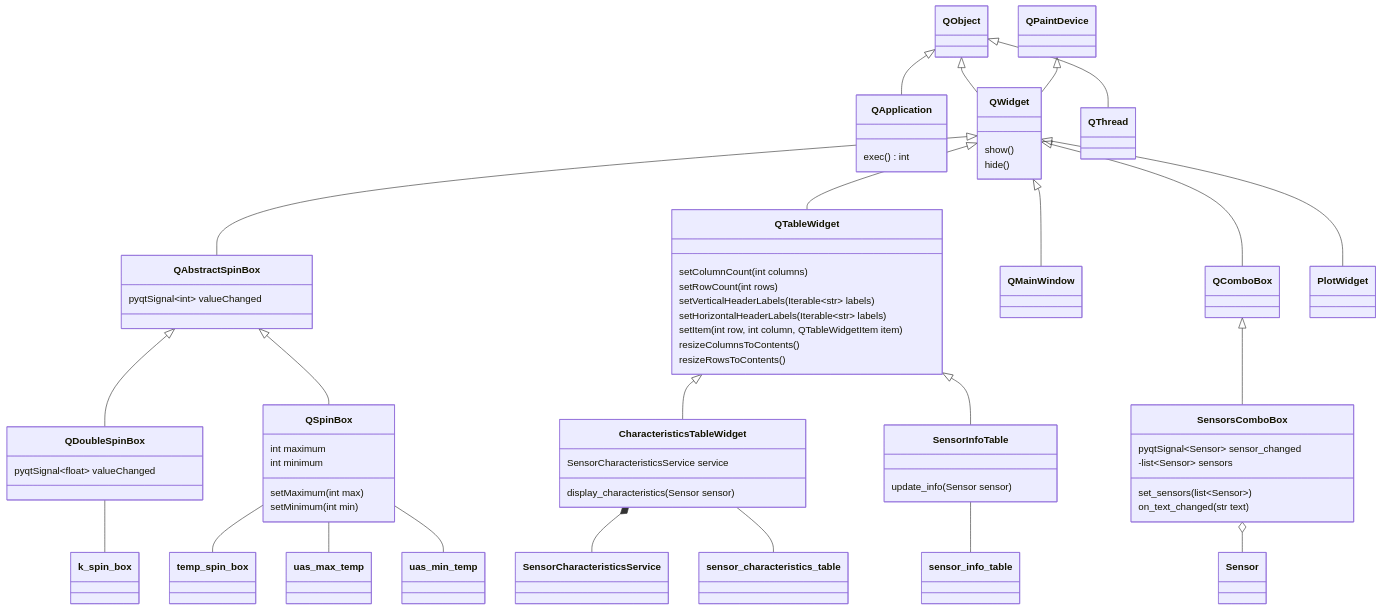
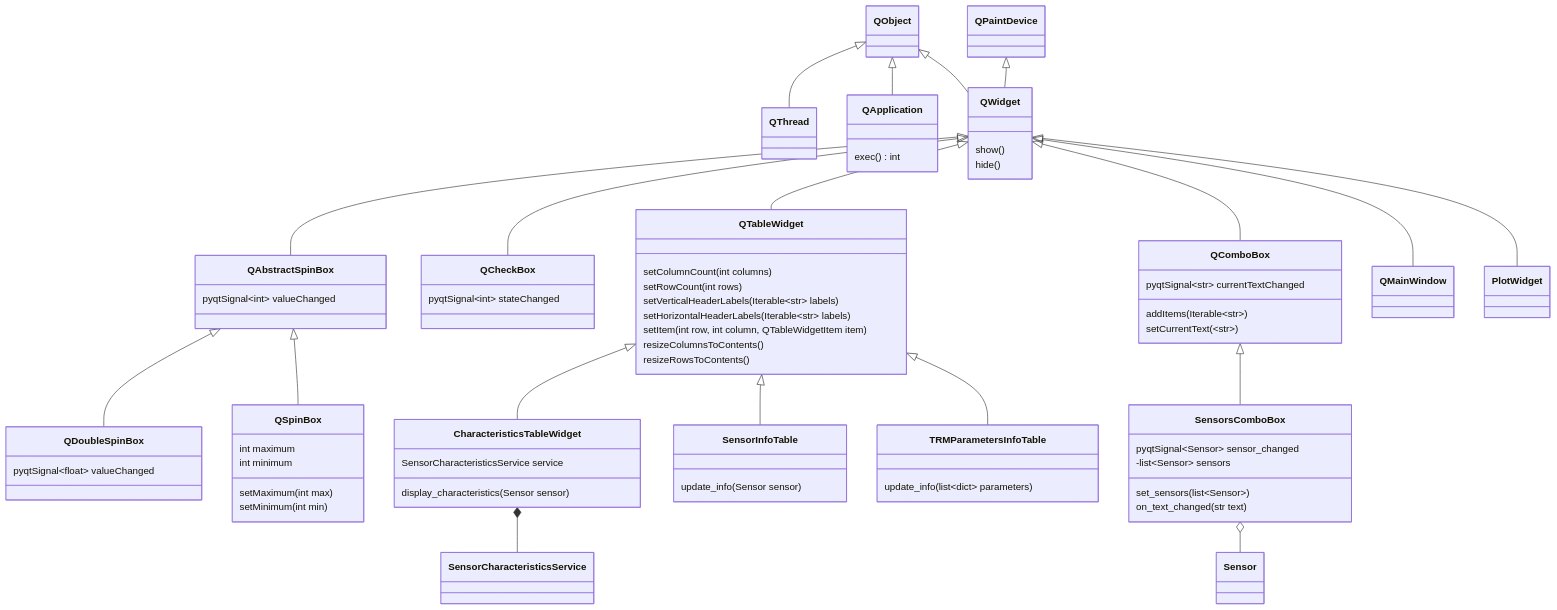
The seventh of 7 diagrams in data/diagrams/диаграмма классов.md (Marik28/dissertation), drawn with Mermaid before and after one commit. The commit also changed other lines of this file and 12 other files, not shown here.

````diff
--- a/data/diagrams/диаграмма классов.md
+++ b/data/diagrams/диаграмма классов.md
@@ -385,6 +413,10 @@
     class CharacteristicsTableWidget {
         SensorCharacteristicsService service
         display_characteristics(Sensor sensor)
+    }
+    
+    class TRMParametersInfoTable {
+        update_info(list~dict~ parameters)
     }
     
     class SensorInfoTable{
@@ -425,33 +457,34 @@
         pyqtSignal~float~ valueChanged
     } 
     class QMainWindow
-    class k_spin_box
-    class temp_spin_box
-    class sensor_characteristics_table
-    class sensor_info_table
-    class uas_max_temp
-    class uas_min_temp
     
+    class QCheckBox {
+        pyqtSignal~int~ stateChanged
+    }
+    
+    class QComboBox {
+        pyqtSignal~str~ currentTextChanged
+        addItems(Iterable~str~)
+        setCurrentText(~str~)
+    }
+    
+    QObject <|-- QThread
+    QObject <|-- QApplication 
+    QObject <|-- QWidget
+    QPaintDevice <|-- QWidget
+    QWidget <|-- QAbstractSpinBox
+    QWidget <|-- QCheckBox
+    QWidget <|-- QTableWidget
+    QWidget <|-- QComboBox
+    QWidget <|-- QMainWindow
+    QWidget <|-- PlotWidget
     QComboBox <|-- SensorsComboBox
     SensorsComboBox o-- Sensor
     QTableWidget <|-- CharacteristicsTableWidget
     QTableWidget <|-- SensorInfoTable
+    QTableWidget <|-- TRMParametersInfoTable
     CharacteristicsTableWidget *-- SensorCharacteristicsService
     QAbstractSpinBox <|-- QDoubleSpinBox
     QAbstractSpinBox <|-- QSpinBox
-    QDoubleSpinBox -- k_spin_box
-    QSpinBox -- temp_spin_box
-    CharacteristicsTableWidget -- sensor_characteristics_table
-    SensorInfoTable -- sensor_info_table
-    QSpinBox -- uas_max_temp
-    QSpinBox -- uas_min_temp
-    QObject <|-- QApplication 
-    QWidget <|-- QAbstractSpinBox
-    QWidget <|-- QTableWidget
-    QWidget <|-- QComboBox
-    QWidget <|-- QMainWindow
-    QWidget <|-- PlotWidget
-    QObject <|-- QWidget
-    QPaintDevice <|-- QWidget
-    QObject <|-- QThread
+
 ```
````
